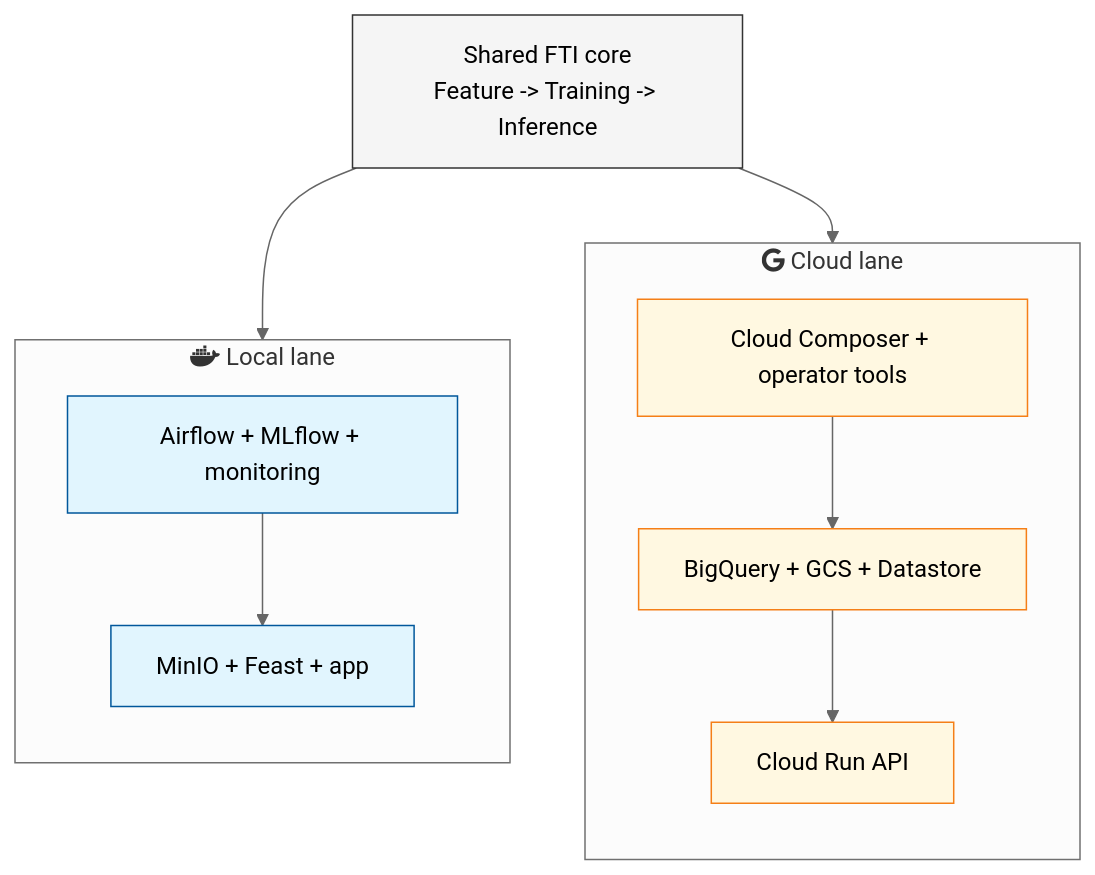
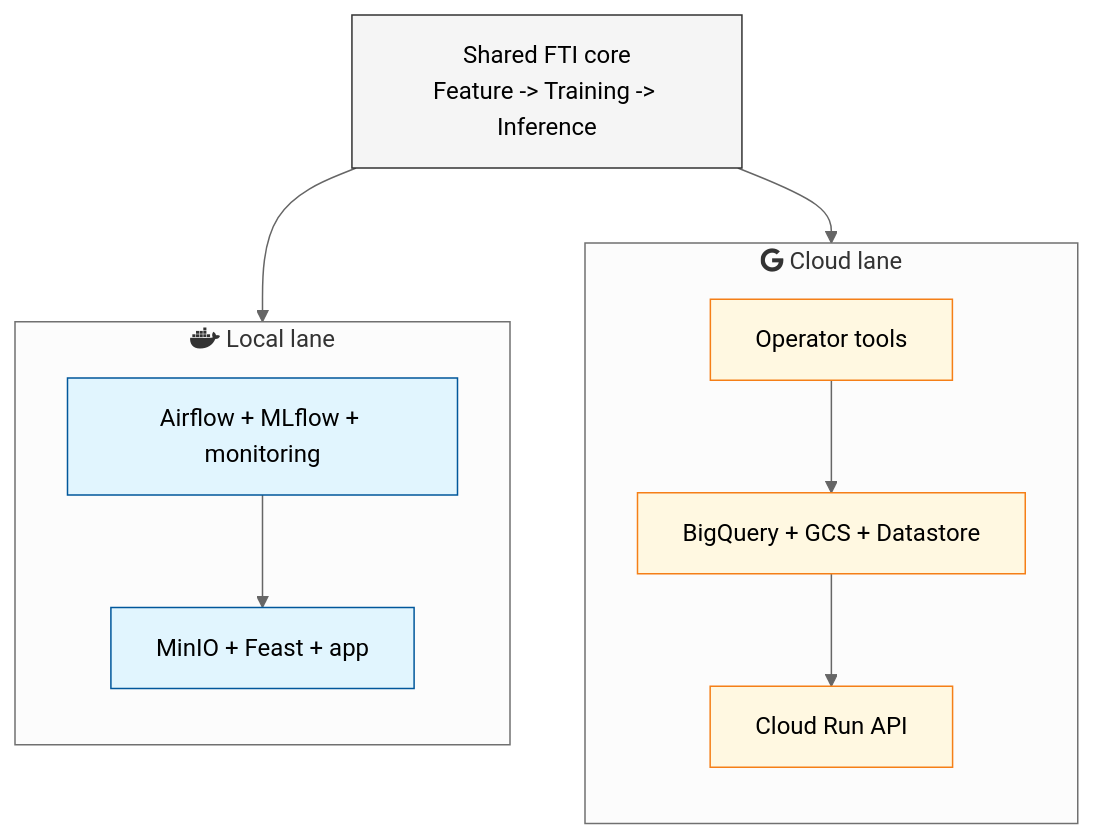
The first of 4 diagrams in docs/site/system/cloud-mapping.md (javihslu/foehncast), drawn with Mermaid (neutral theme) before and after one commit. The commit also changed other lines of this file and 6 other files, not shown here.

```diff
--- a/docs/site/system/cloud-mapping.md
+++ b/docs/site/system/cloud-mapping.md
@@ -46,27 +46,27 @@
 <div class="mermaid">
 flowchart TD
     classDef core fill:#f5f5f5,stroke:#333
     classDef local fill:#e1f5fe,stroke:#01579b
     classDef cloud fill:#fff8e1,stroke:#f57f17
 
     CORE["Shared FTI core\nFeature -> Training -> Inference"]:::core
 
     subgraph LocalSurface ["fab:fa-docker Local lane"]
         direction TB
         LSUP["Airflow + MLflow + monitoring"]:::local
         LAPP["MinIO + Feast + app"]:::local
         LSUP --> LAPP
     end
 
     subgraph CloudSurface ["fab:fa-google Cloud lane"]
         direction TB
-        COPS["Cloud Composer + operator tools"]:::cloud
+        COPS["Operator tools"]:::cloud
         CDATA["BigQuery + GCS + Datastore"]:::cloud
         CAPI["Cloud Run API"]:::cloud
         COPS --> CDATA
         CDATA --> CAPI
     end
 
     CORE --> LocalSurface
     CORE --> CloudSurface
 </div>
```
